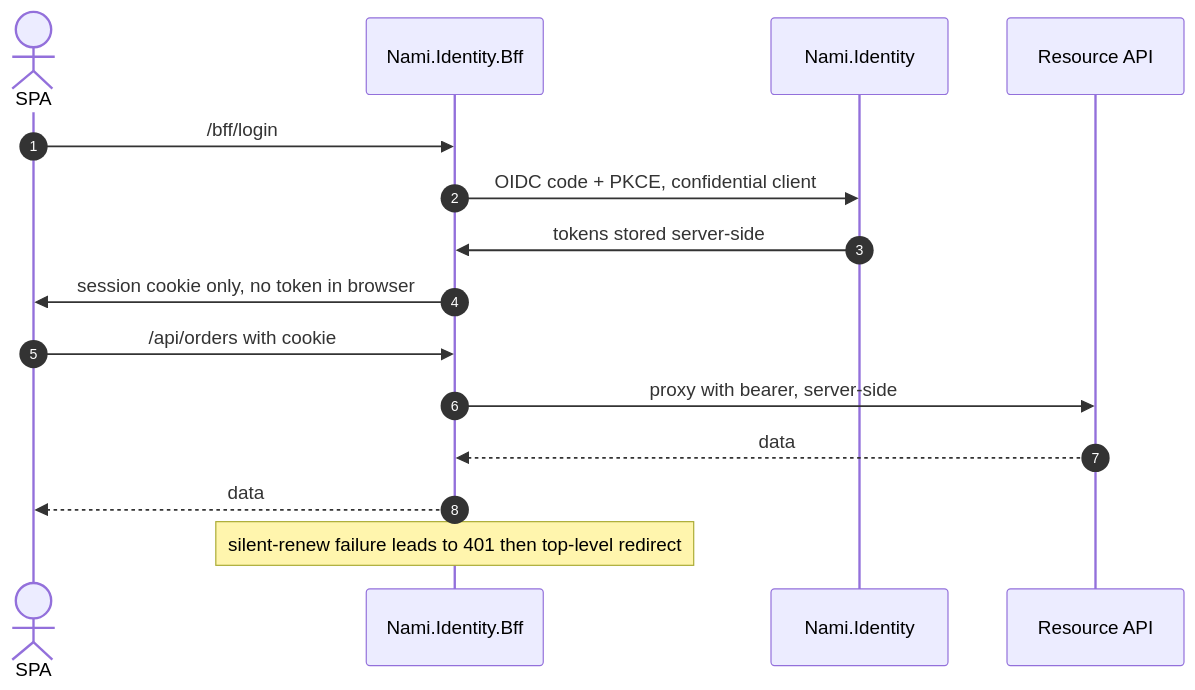
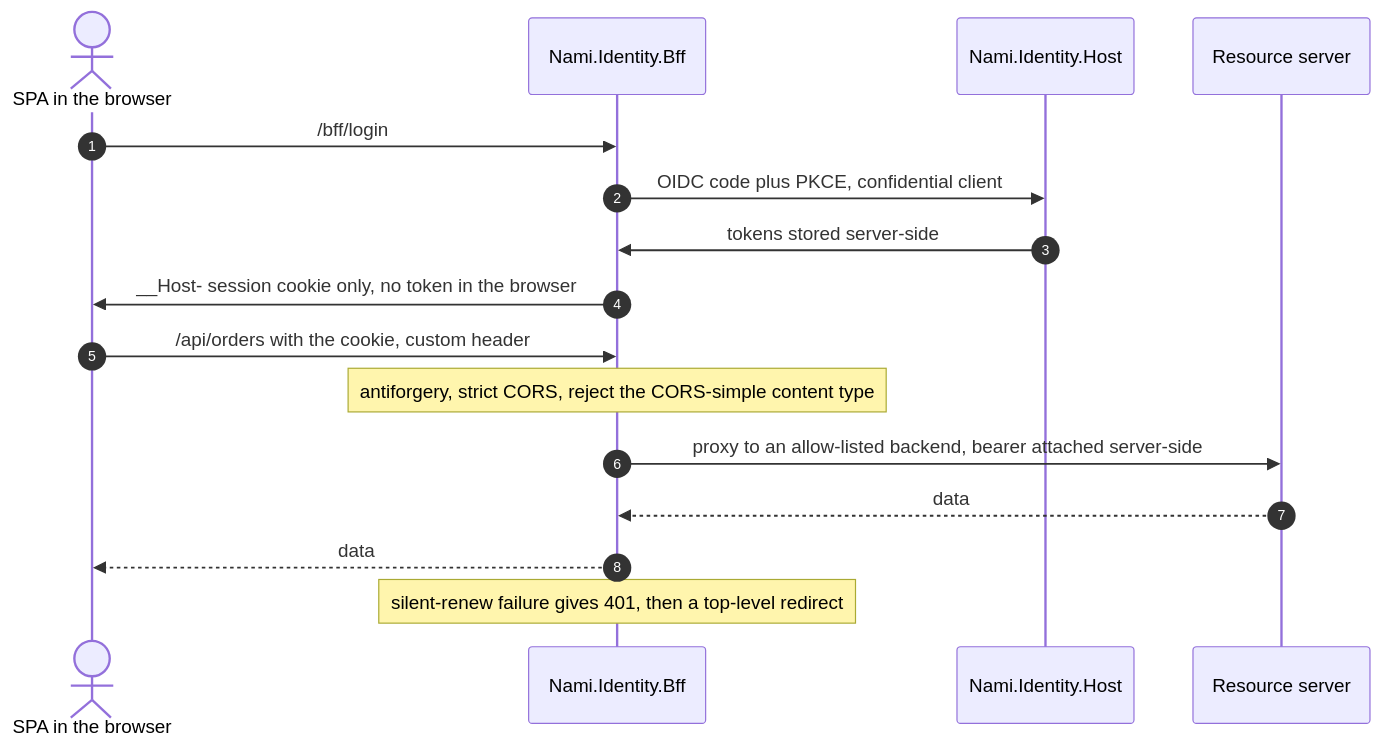
The sixth of 16 diagrams in docs/architecture/06-runtime-views.md (namphuongtran/nami), drawn with Mermaid before and after one commit. The commit also changed other lines of this file and 2 other files, not shown here.

````diff
--- a/docs/architecture/06-runtime-views.md
+++ b/docs/architecture/06-runtime-views.md
@@ -134,17 +270,18 @@
 ```mermaid
 sequenceDiagram
   autonumber
-  actor U as SPA
+  actor U as SPA in the browser
   participant BFF as Nami.Identity.Bff
-  participant IDP as Nami.Identity
-  participant API as Resource API
+  participant IDP as Nami.Identity.Host
+  participant API as Resource server
   U->>BFF: /bff/login
-  BFF->>IDP: OIDC code + PKCE, confidential client
+  BFF->>IDP: OIDC code plus PKCE, confidential client
   IDP->>BFF: tokens stored server-side
-  BFF->>U: session cookie only, no token in browser
-  U->>BFF: /api/orders with cookie
-  BFF->>API: proxy with bearer, server-side
+  BFF->>U: __Host- session cookie only, no token in the browser
+  U->>BFF: /api/orders with the cookie, custom header
+  Note over BFF: antiforgery, strict CORS, reject the CORS-simple content type
+  BFF->>API: proxy to an allow-listed backend, bearer attached server-side
   API-->>BFF: data
   BFF-->>U: data
-  Note over BFF: silent-renew failure leads to 401 then top-level redirect
+  Note over BFF: silent-renew failure gives 401, then a top-level redirect
 ```
````
